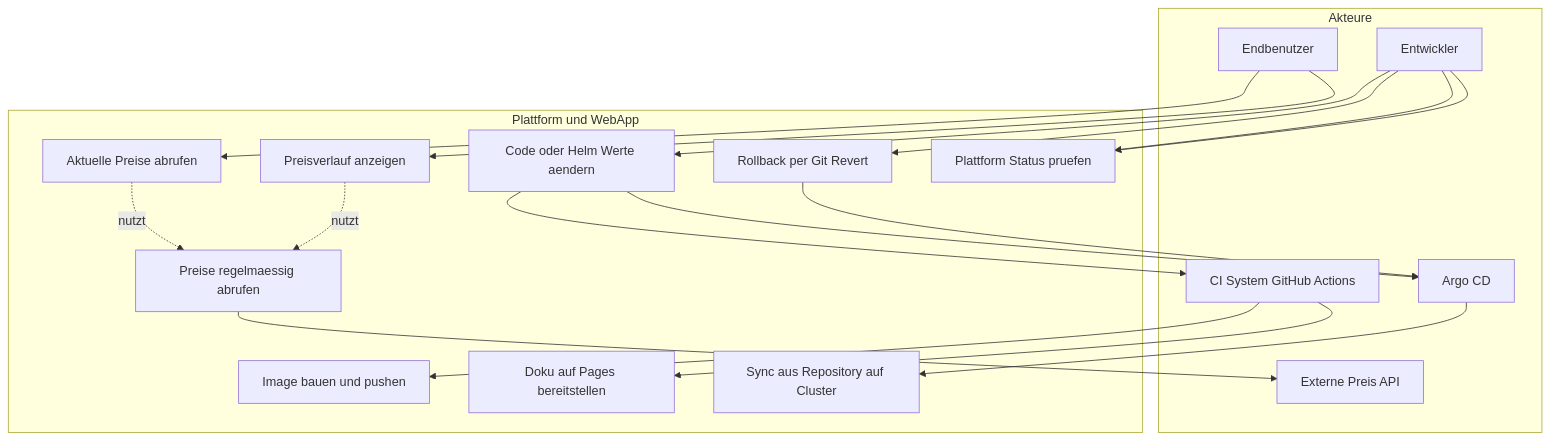
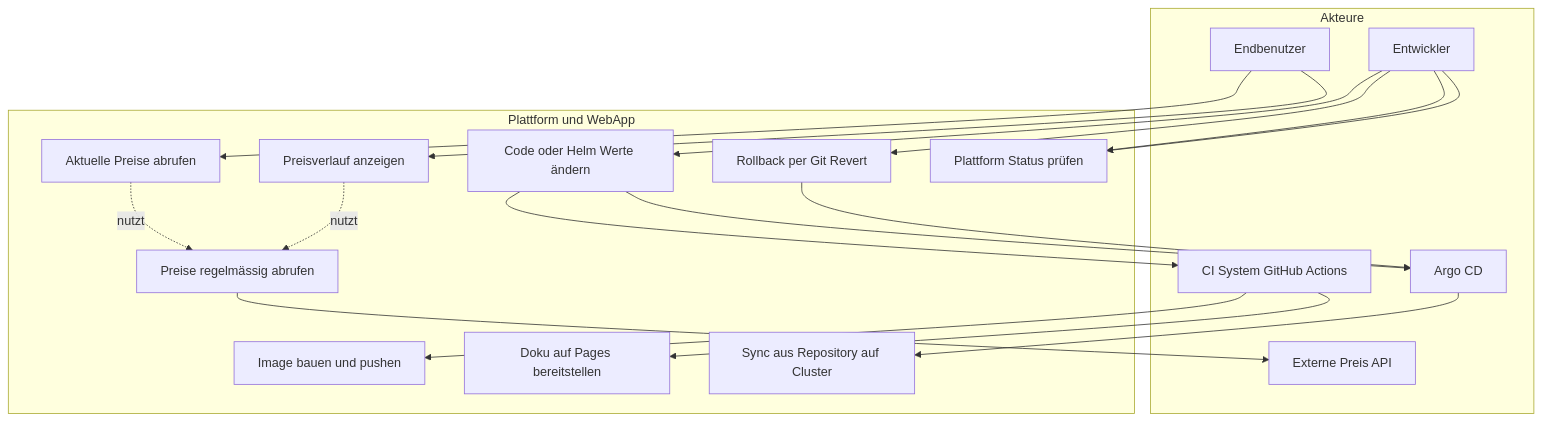
One commit to Cancani/gitops-platform-semesterarbeit5 changed the first of 5 diagrams in docs/dokumentation.md. Above: the diagram before and after it, drawn with Mermaid. The commit also changed other lines of this file and 13 other files, not shown here.

````diff
--- a/docs/dokumentation.md
+++ b/docs/dokumentation.md
@@ -911,43 +913,43 @@
 ```mermaid
 flowchart TB
     subgraph Akteure[Akteure]
         Dev[Entwickler]
         User[Endbenutzer]
         CI[CI System GitHub Actions]
         Argo[Argo CD]
         Ext[Externe Preis API]
     end
 
     subgraph System[Plattform und WebApp]
-        UC1[Code oder Helm Werte aendern]
+        UC1[Code oder Helm Werte ändern]
         UC2[Image bauen und pushen]
         UC3[Doku auf Pages bereitstellen]
         UC4[Sync aus Repository auf Cluster]
         UC5[Rollback per Git Revert]
         UC6[Aktuelle Preise abrufen]
         UC7[Preisverlauf anzeigen]
-        UC8[Preise regelmaessig abrufen]
-        UC9[Plattform Status pruefen]
+        UC8[Preise regelmässig abrufen]
+        UC9[Plattform Status prüfen]
     end
 
     Dev --> UC1
     Dev --> UC5
     Dev --> UC9
 
     UC1 --> CI
     CI --> UC2
     CI --> UC3
 
     UC1 --> Argo
     Argo --> UC4
     UC5 --> Argo
 
     User --> UC6
     User --> UC7
 
     UC8 --> Ext
     UC6 -.->|nutzt| UC8
     UC7 -.->|nutzt| UC8
 
     Dev --> UC9
 ```
````
